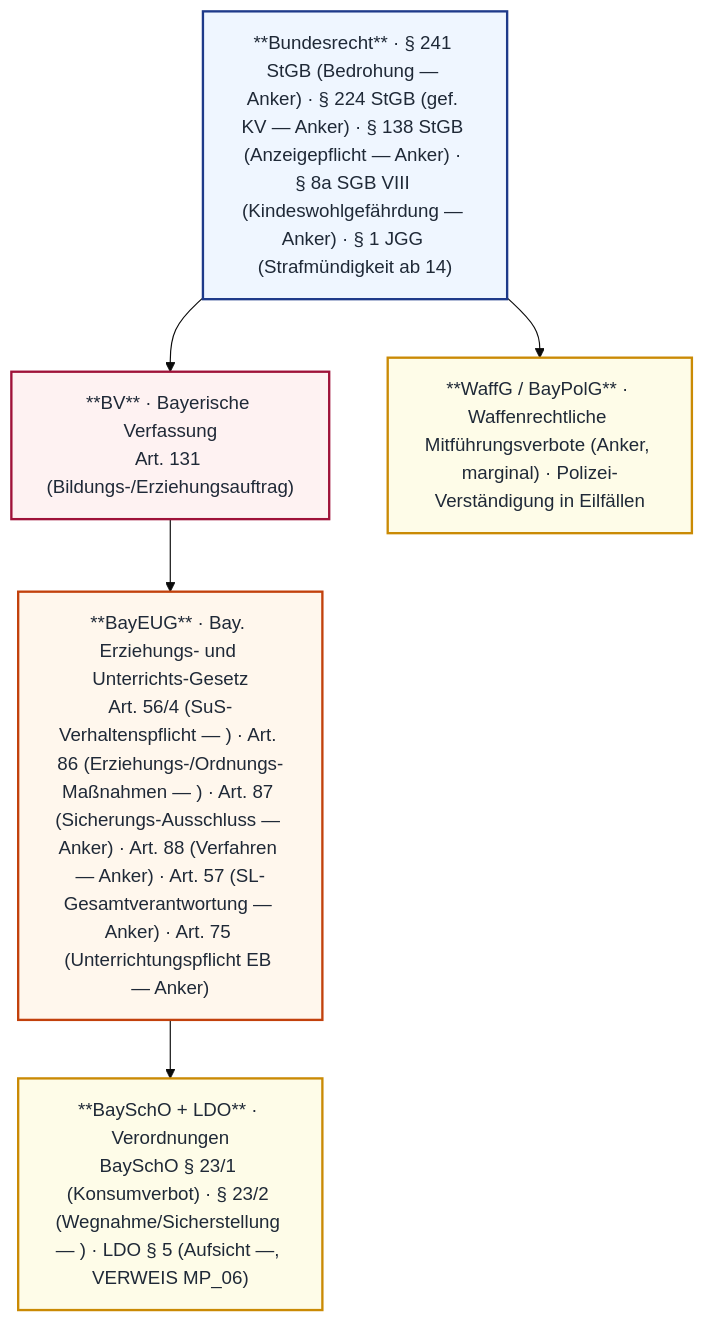
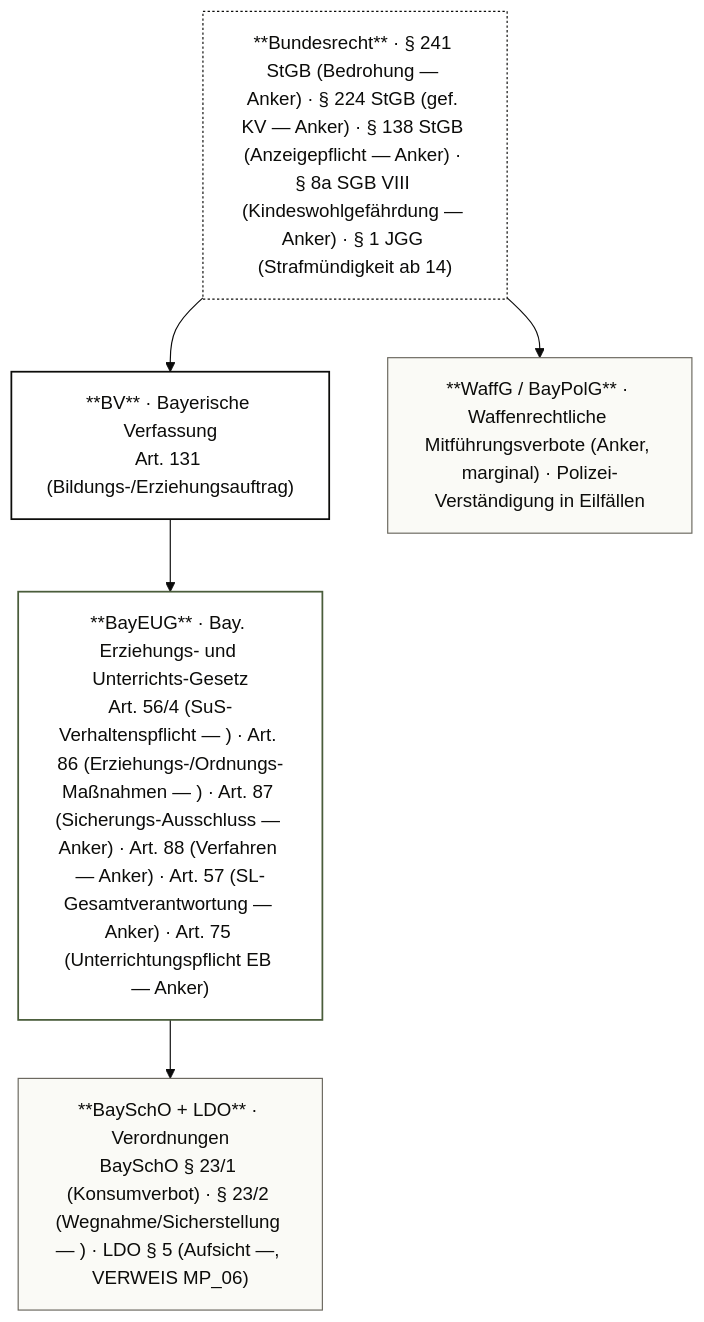
The first of 2 diagrams in _mkdocs/docs/mp01/index.md (snflsknfkldnfs/weitergehts-online), drawn with Mermaid (base theme) before and after one commit. The commit also changed 30 other files, not shown here.

````diff
--- a/_mkdocs/docs/mp01/index.md
+++ b/_mkdocs/docs/mp01/index.md
@@ -13,18 +13,18 @@
 ```mermaid
 flowchart TB
  BV["**BV** · Bayerische Verfassung<br/>Art. 131 (Bildungs-/Erziehungsauftrag)"]:::bv
  BAY["**BayEUG** · Bay. Erziehungs- und Unterrichts-Gesetz<br/>Art. 56/4 (SuS-Verhaltenspflicht — ) · Art. 86 (Erziehungs-/Ordnungs-Maßnahmen — ) · Art. 87 (Sicherungs-Ausschluss — Anker) · Art. 88 (Verfahren — Anker) · Art. 57 (SL-Gesamtverantwortung — Anker) · Art. 75 (Unterrichtungspflicht EB — Anker)"]:::bay
  VO["**BaySchO + LDO** · Verordnungen<br/>BaySchO § 23/1 (Konsumverbot) · § 23/2 (Wegnahme/Sicherstellung — ) · LDO § 5 (Aufsicht —, VERWEIS MP_06)"]:::vo
  BUND["**Bundesrecht** · § 241 StGB (Bedrohung — Anker) · § 224 StGB (gef. KV — Anker) · § 138 StGB (Anzeigepflicht — Anker) · § 8a SGB VIII (Kindeswohlgefährdung — Anker) · § 1 JGG (Strafmündigkeit ab 14)"]:::bund
  NEBEN["**WaffG / BayPolG** · Waffenrechtliche Mitführungsverbote (Anker, marginal) · Polizei-Verständigung in Eilfällen"]:::vo
 
  BUND --> BV
  BV --> BAY
  BAY --> VO
  BUND --> NEBEN
 
- classDef bv fill:#fef2f2,stroke:#9f1239,stroke-width:2px,color:#1f2937
- classDef bay fill:#fff7ed,stroke:#c2410c,stroke-width:2px,color:#1f2937
- classDef vo fill:#fefce8,stroke:#ca8a04,stroke-width:2px,color:#1f2937
- classDef bund fill:#eff6ff,stroke:#1e3a8a,stroke-width:2px,color:#1f2937
+ classDef bv fill:#ffffff,stroke:#0c0c0a,stroke-width:1.5px,color:#0c0c0a
+ classDef bay fill:#ffffff,stroke:#4a5d3b,stroke-width:1.5px,color:#0c0c0a
+ classDef vo fill:#fafaf6,stroke:#6b685f,stroke-width:1px,color:#0c0c0a
+ classDef bund fill:#ffffff,stroke:#0c0c0a,stroke-width:1px,color:#0c0c0a,stroke-dasharray: 2 2
 ```
````
